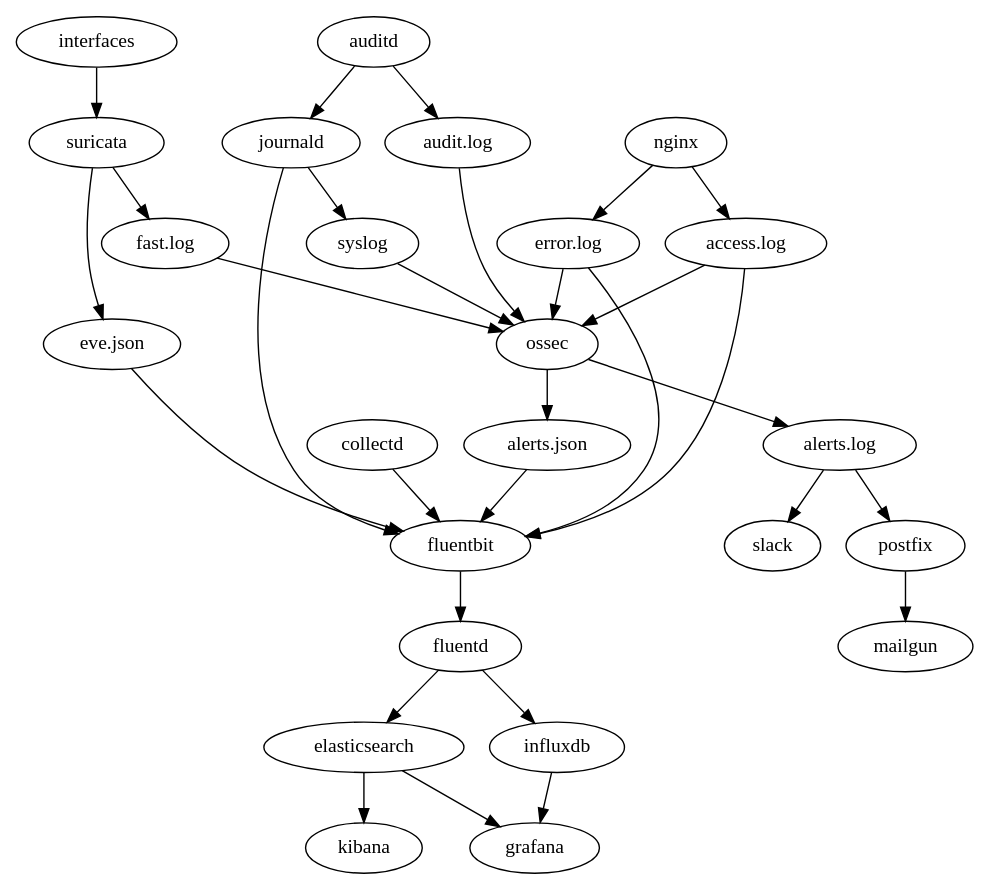
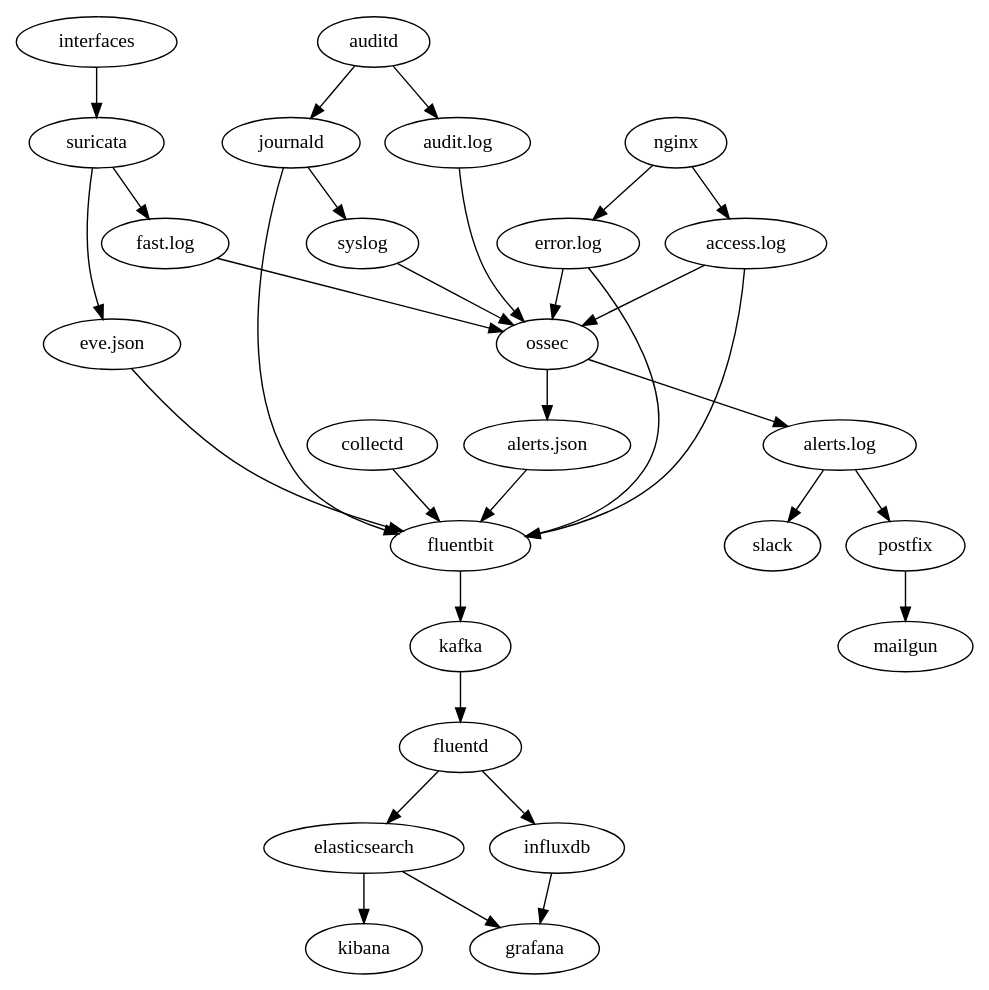
One commit to noahbailey/monitoring-stacks changed the diagram in system.dot. Above: the diagram before and after it, drawn with Graphviz. The commit also changed 1 other file, not shown here.

Commit message:
Add Kafka to overview diagram

```diff
--- a/system.dot
+++ b/system.dot
@@ -1,46 +1,47 @@
 digraph system {
 
     ## System Monitoring
     "collectd" -> "fluentbit"
 
     ## Suricata pieces
     "interfaces" -> "suricata"
     "suricata" -> "eve.json"
     "suricata" -> "fast.log"
     "eve.json" -> "fluentbit"
     "fast.log" -> "ossec"
 
     ## Nginx pieces
     "nginx" -> "access.log"
     "access.log" -> "fluentbit"
     "error.log" -> "fluentbit"
     "nginx" -> "error.log"
     "access.log" -> "ossec"
     "error.log" -> "ossec"
 
     ## Audit logs
     "auditd" -> "journald"
     "auditd" -> "audit.log"
     "audit.log" -> "ossec"
     "journald" -> "fluentbit"
 
     ## Syslog
     "journald" -> "syslog"
     "syslog" -> "ossec"
 
     ## Ossec outputs to the alert streams
     "ossec" -> "alerts.json"
     "ossec" -> "alerts.log"
     "alerts.log" -> "slack"
     "alerts.log" -> "postfix"
     "postfix" -> "mailgun"
     "alerts.json" -> "fluentbit"
 
     ## The backend, typically a docker box
-    "fluentbit" -> "fluentd"
+    "fluentbit" -> "kafka"
+    "kafka" -> "fluentd"
     "fluentd" -> "elasticsearch"
     "fluentd" -> "influxdb"
     "elasticsearch" -> "kibana"
     "elasticsearch" -> "grafana"
     "influxdb" -> "grafana"
 }
```
